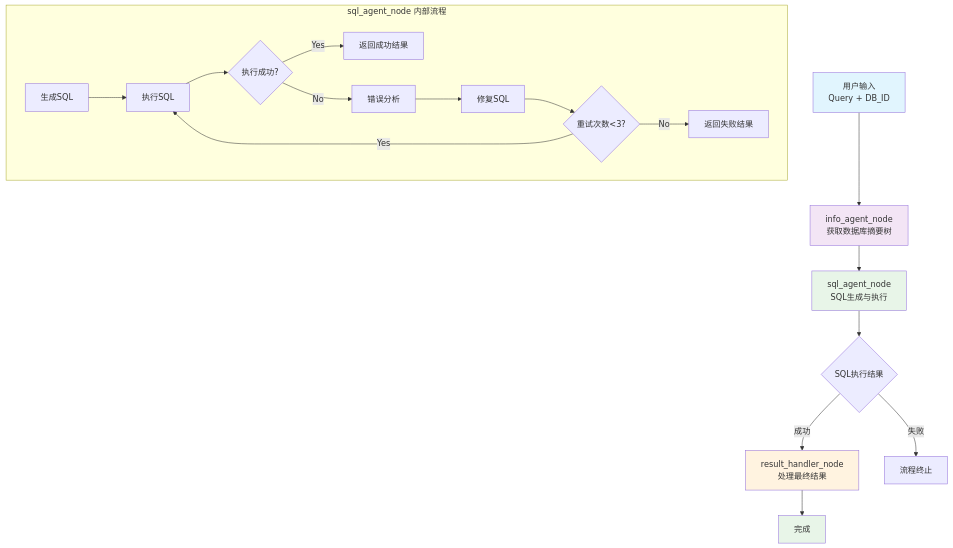
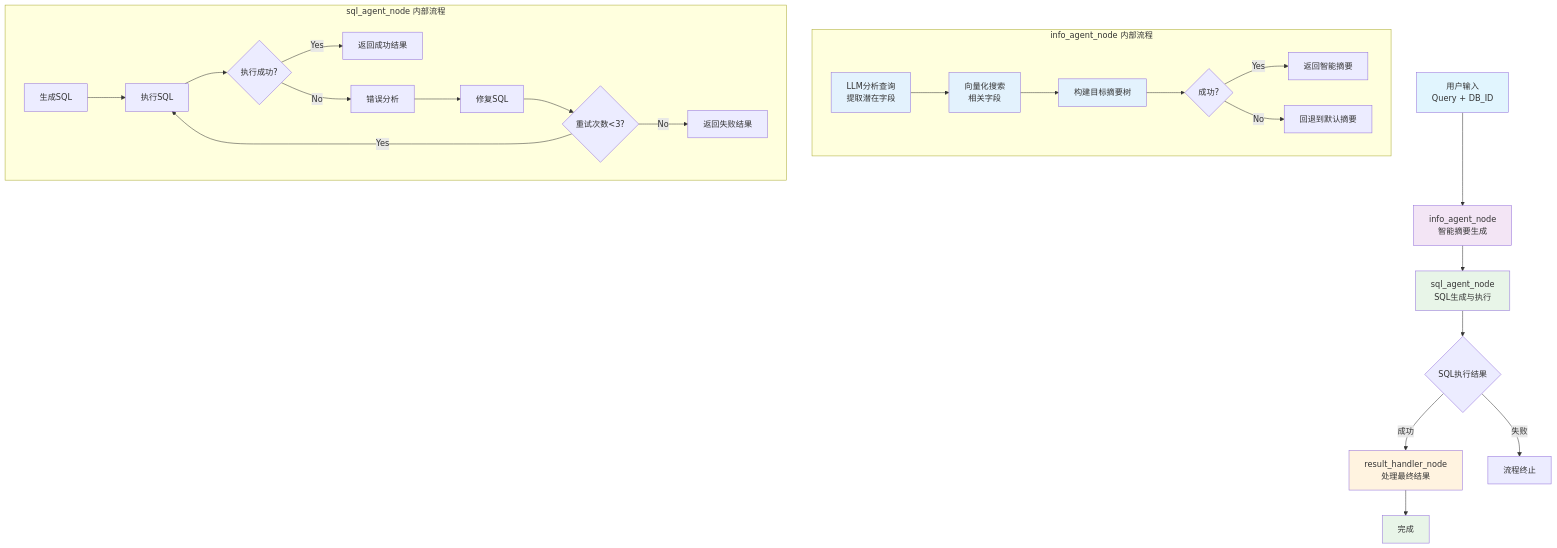
The diagram in method/README.md (jwj1342/Jumping-Across-Joins), drawn with Mermaid before and after one commit. The commit also changed other lines of this file and 12 other files, not shown here.

````diff
--- a/method/README.md
+++ b/method/README.md
@@ -43,27 +54,39 @@
 ```mermaid
 graph TD
-    A["用户输入<br/>Query + DB_ID"] --> B["info_agent_node<br/>获取数据库摘要树"]
+    A["用户输入<br/>Query + DB_ID"] --> B["info_agent_node<br/>智能摘要生成"]
+
+    subgraph "info_agent_node 内部流程"
+        B1["LLM分析查询<br/>提取潜在字段"] --> B2["向量化搜索<br/>相关字段"]
+        B2 --> B3["构建目标摘要树"]
+        B3 --> B4{成功?}
+        B4 -->|Yes| B5["返回智能摘要"]
+        B4 -->|No| B6["回退到默认摘要"]
+    end
+
     B --> C["sql_agent_node<br/>SQL生成与执行"]
 
     subgraph "sql_agent_node 内部流程"
         D["生成SQL"] --> E["执行SQL"]
         E --> F{执行成功?}
         F -->|Yes| G["返回成功结果"]
         F -->|No| H["错误分析"]
         H --> I["修复SQL"]
         I --> J{重试次数<3?}
         J -->|Yes| E
         J -->|No| K["返回失败结果"]
     end
 
     C --> L{SQL执行结果}
     L -->|成功| M["result_handler_node<br/>处理最终结果"]
     L -->|失败| N["流程终止"]
     M --> O["完成"]
 
     style A fill:#e1f5fe
     style B fill:#f3e5f5
     style C fill:#e8f5e8
     style M fill:#fff3e0
     style O fill:#e8f5e8
+    style B1 fill:#e3f2fd
+    style B2 fill:#e3f2fd
+    style B3 fill:#e3f2fd
 ```
````
